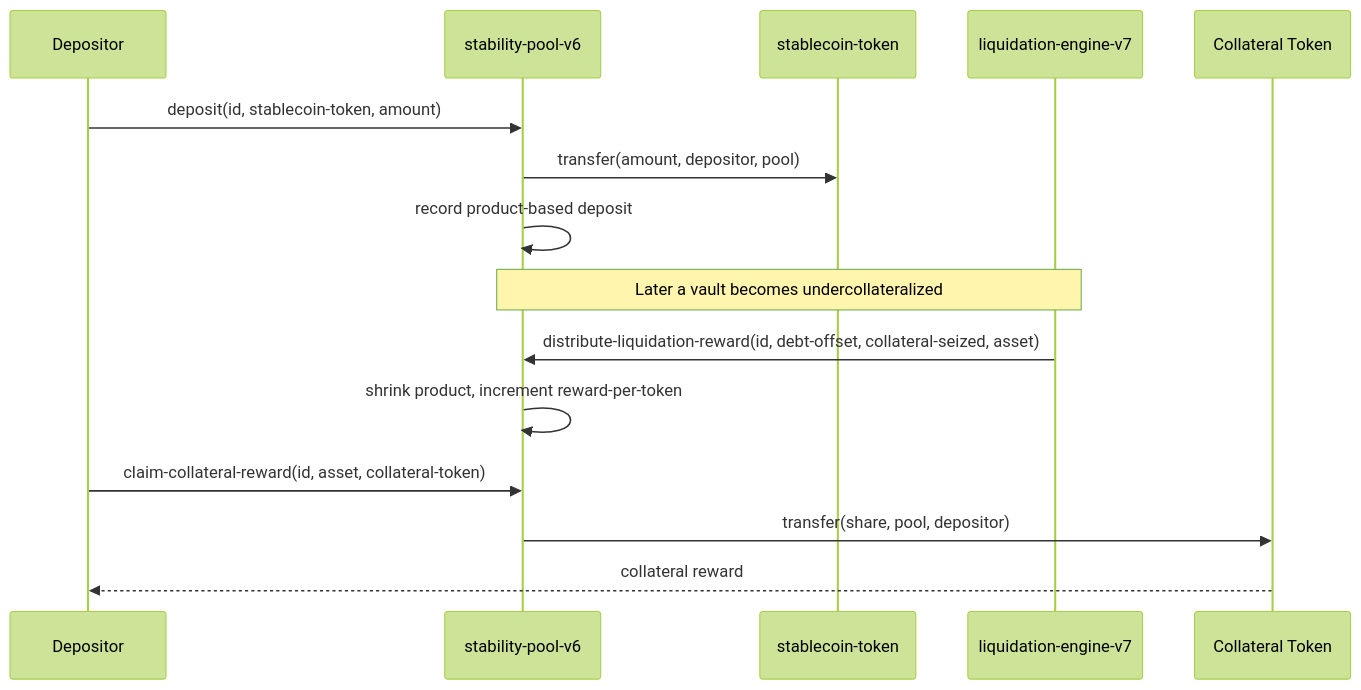
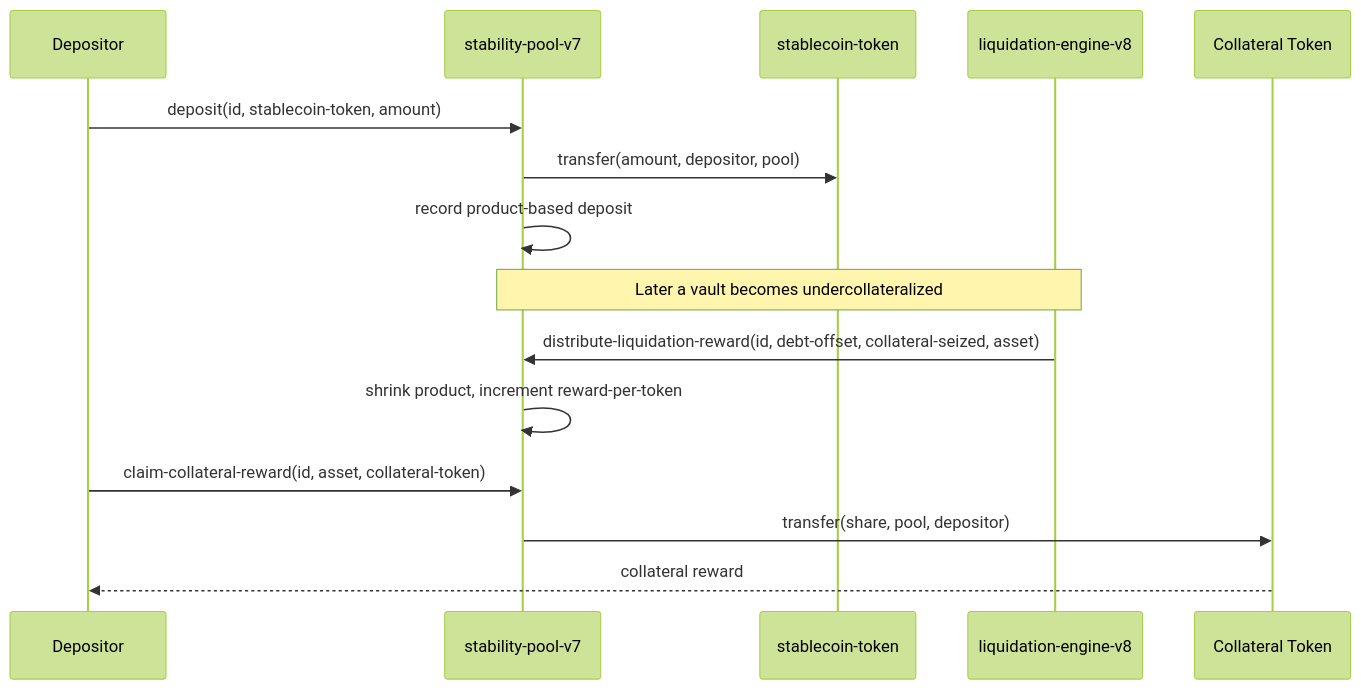
One commit to yehia67/stacks-stablecoin-engine changed the sixth of 8 diagrams in docs/getting_started.md. Above: the diagram before and after it, drawn with Mermaid (forest theme). The commit also changed other lines of this file and 1 other file, not shown here.

````diff
--- a/docs/getting_started.md
+++ b/docs/getting_started.md
@@ -186,18 +188,18 @@
 ```mermaid
 sequenceDiagram
   participant D as Depositor
-  participant SP as stability-pool-v6
+  participant SP as stability-pool-v7
   participant ST as stablecoin-token
-  participant LE as liquidation-engine-v7
+  participant LE as liquidation-engine-v8
   participant CT as Collateral Token
 
   D->>SP: deposit(id, stablecoin-token, amount)
   SP->>ST: transfer(amount, depositor, pool)
   SP->>SP: record product-based deposit
   Note over LE,SP: Later a vault becomes undercollateralized
   LE->>SP: distribute-liquidation-reward(id, debt-offset, collateral-seized, asset)
   SP->>SP: shrink product, increment reward-per-token
   D->>SP: claim-collateral-reward(id, asset, collateral-token)
   SP->>CT: transfer(share, pool, depositor)
   CT-->>D: collateral reward
 ```
````
